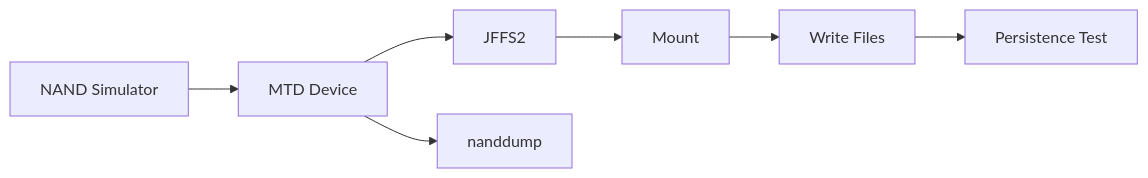
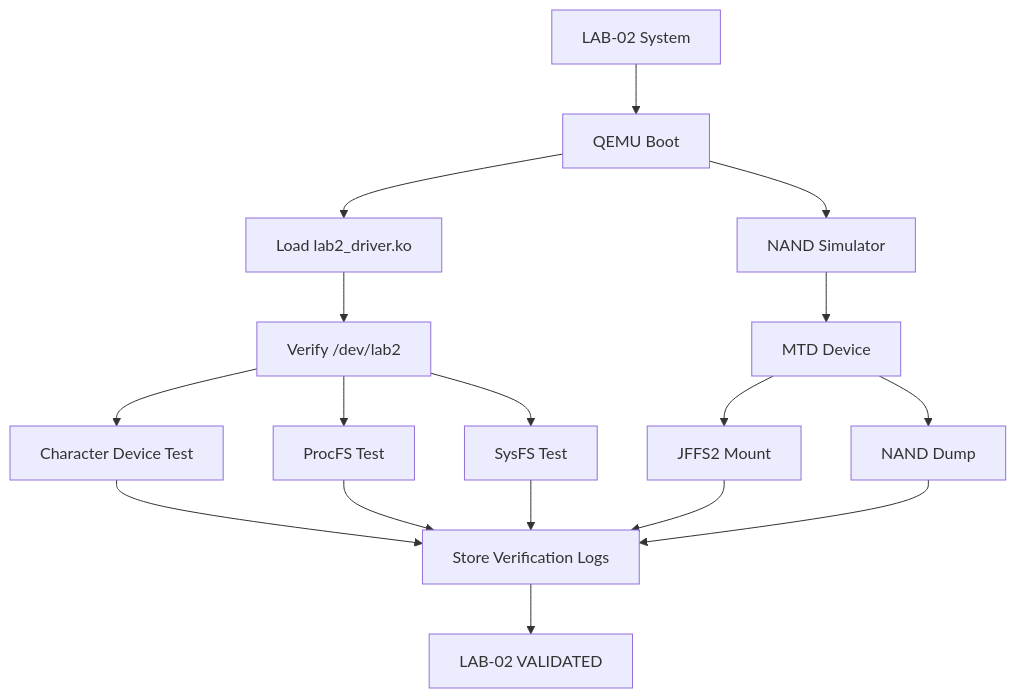
One commit to BlackWater006/embedded-linux-lab2 changed the fourth of 4 diagrams in README.md. Above: the diagram before and after it, drawn with Mermaid. The commit also changed other lines of this file, not shown here.

````diff
--- a/README.md
+++ b/README.md
@@ -649,18 +677,43 @@
 ```mermaid
-flowchart LR
+flowchart TD
+    START["LAB-02 System"]
 
-    A["NAND Simulator"]
-    B["MTD Device"]
-    C["JFFS2"]
-    D["Mount"]
-    E["Write Files"]
-    F["Persistence Test"]
-    G["nanddump"]
+    BOOT["QEMU Boot"]
+    MOD["Load lab2_driver.ko"]
+    DEV["Verify /dev/lab2"]
 
-    A --> B
-    B --> C
-    C --> D
-    D --> E
-    E --> F
-    B --> G
+    CHAR["Character Device Test"]
+    PROC["ProcFS Test"]
+    SYS["SysFS Test"]
+
+    NAND["NAND Simulator"]
+    MTD["MTD Device"]
+    JFFS["JFFS2 Mount"]
+    DUMP["NAND Dump"]
+
+    LOG["Store Verification Logs"]
+
+    PASS["LAB-02 VALIDATED"]
+
+    START --> BOOT
+    BOOT --> MOD
+    MOD --> DEV
+
+    DEV --> CHAR
+    DEV --> PROC
+    DEV --> SYS
+
+    CHAR --> LOG
+    PROC --> LOG
+    SYS --> LOG
+
+    BOOT --> NAND
+    NAND --> MTD
+    MTD --> JFFS
+    MTD --> DUMP
+
+    JFFS --> LOG
+    DUMP --> LOG
+
+    LOG --> PASS
 ```
````
